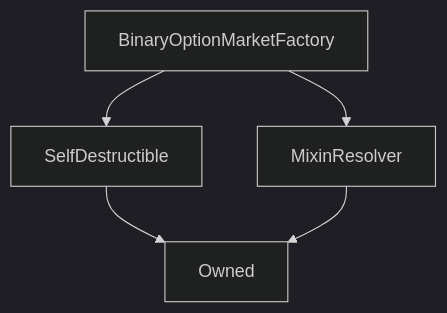
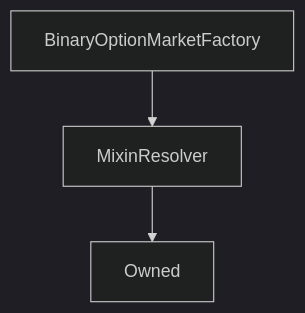
The diagram in content/contracts/source/contracts/BinaryOptionMarketFactory.md (Synthetixio/synthetix-docs), drawn with Mermaid (dark theme) before and after one commit. The commit also changed other lines of this file and 100 other files, not shown here.

````diff
--- a/content/contracts/source/contracts/BinaryOptionMarketFactory.md
+++ b/content/contracts/source/contracts/BinaryOptionMarketFactory.md
@@ -30,8 +30,6 @@
 ```mermaid
 graph TD
-    BinaryOptionMarketFactory[BinaryOptionMarketFactory] --> SelfDestructible[SelfDestructible]
     BinaryOptionMarketFactory[BinaryOptionMarketFactory] --> MixinResolver[MixinResolver]
-    SelfDestructible[SelfDestructible] --> Owned[Owned]
     MixinResolver[MixinResolver] --> Owned[Owned]
 
 ```
````
